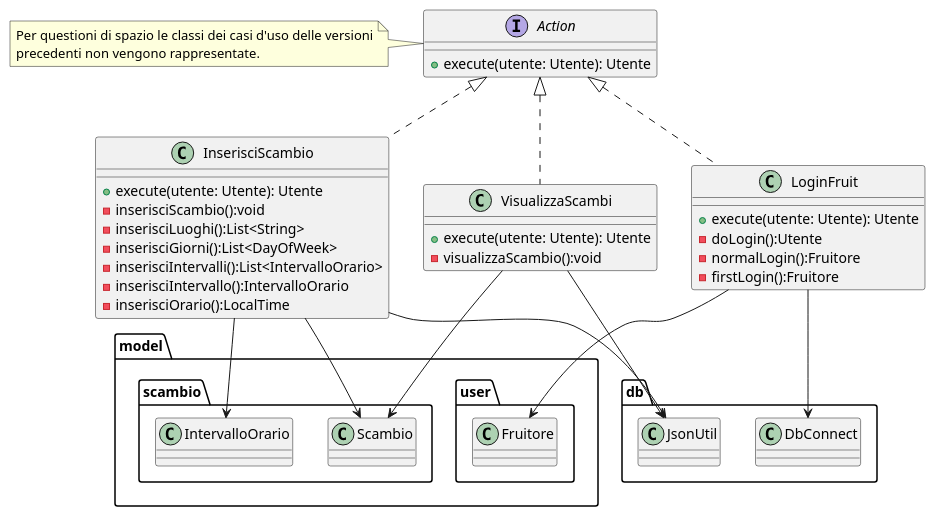
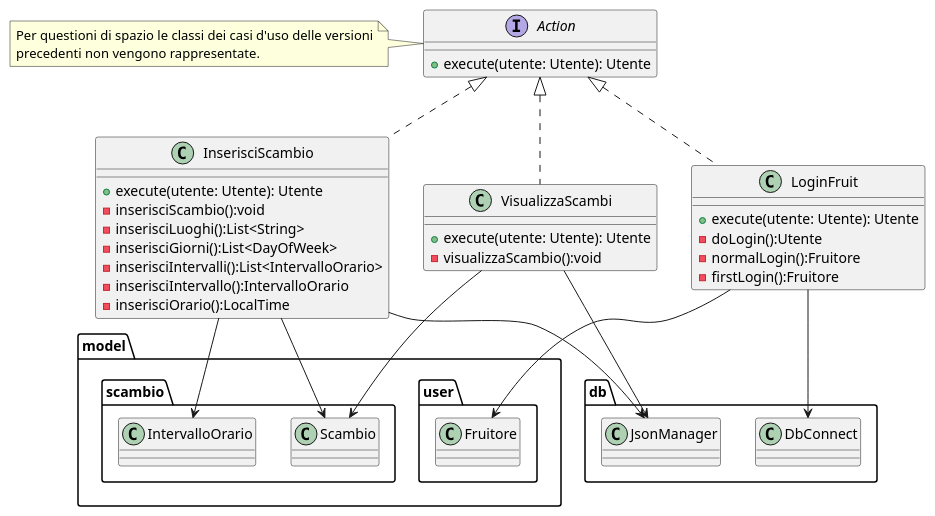
One commit to bernagit/IngegneriaSoftware changed the diagram in Documentation/Ver2/controller.puml. Above: the diagram before and after it, drawn with PlantUML. The commit also changed 34 other files, not shown here.

Commit message:
updates uml diagram

```diff
--- a/Documentation/Ver2/controller.puml
+++ b/Documentation/Ver2/controller.puml
@@ -1,45 +1,45 @@
 @startuml controller
 
 
 
 interface Action{
     +execute(utente: Utente): Utente
 }
 
 note left of Action
     Per questioni di spazio le classi dei casi d'uso delle versioni
     precedenti non vengono rappresentate.
 endnote
 
 class InserisciScambio implements Action{
     +execute(utente: Utente): Utente
     -inserisciScambio():void
     -inserisciLuoghi():List<String>
     -inserisciGiorni():List<DayOfWeek>
     -inserisciIntervalli():List<IntervalloOrario>
     -inserisciIntervallo():IntervalloOrario
     -inserisciOrario():LocalTime
 
 }
 
 class VisualizzaScambi implements Action{
     +execute(utente: Utente): Utente
     -visualizzaScambio():void
 }
 
 class LoginFruit implements Action{
     +execute(utente: Utente): Utente
     -doLogin():Utente
     -normalLogin():Fruitore
     -firstLogin():Fruitore
 }
 
 InserisciScambio --> model.scambio.IntervalloOrario
 InserisciScambio --> model.scambio.Scambio
 VisualizzaScambi --> model.scambio.Scambio
 LoginFruit --> model.user.Fruitore
 LoginFruit --> db.DbConnect
-InserisciScambio --> db.JsonUtil
-VisualizzaScambi --> db.JsonUtil
+InserisciScambio --> db.JsonManager
+VisualizzaScambi --> db.JsonManager
 
 @enduml
```
